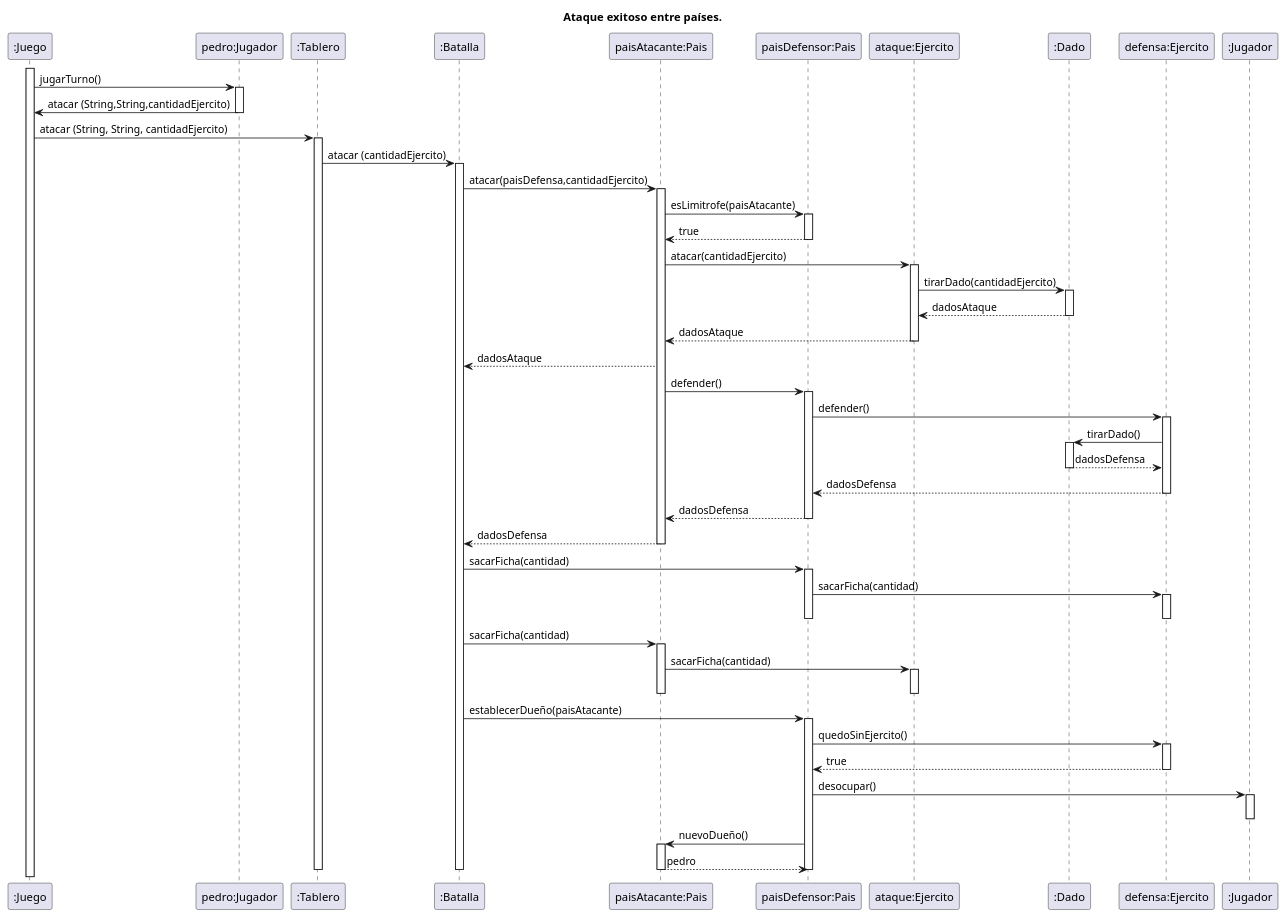
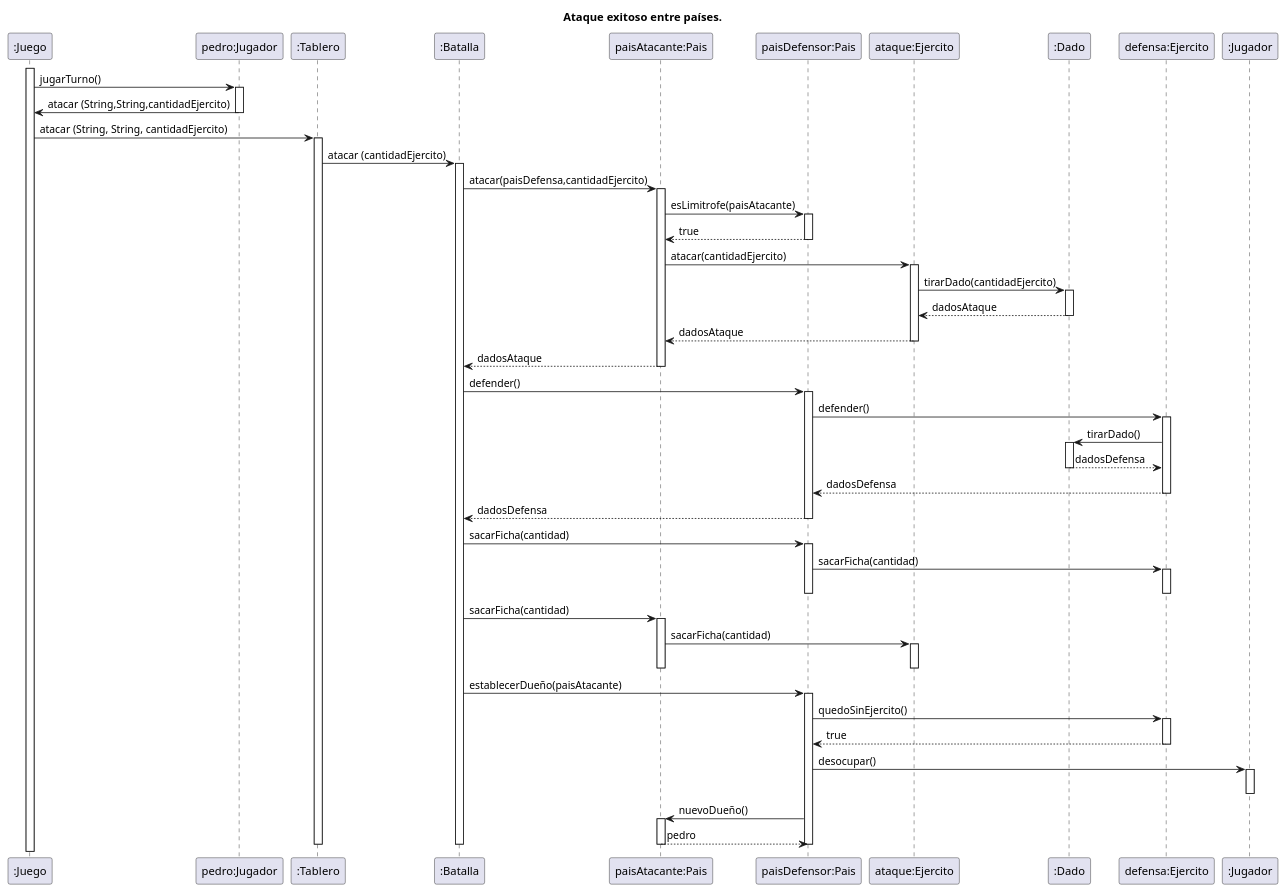
Before and after one commit to daniela41149/algo3_tp2: the diagram in diagramas/secuenciaAtaque.wsd, drawn with PlantUML.

Commit message:
actualizacion diagrama de secuencia

```diff
--- a/diagramas/secuenciaAtaque.wsd
+++ b/diagramas/secuenciaAtaque.wsd
@@ -1,76 +1,74 @@
 @startuml
 title: Ataque exitoso entre países.
 activate ":Juego"
 ":Juego" -> "pedro:Jugador" : jugarTurno()
 activate "pedro:Jugador"
 "pedro:Jugador" -> ":Juego" : atacar (String,String,cantidadEjercito)
 deactivate "pedro:Jugador"
 
 ":Juego" -> ":Tablero" : atacar (String, String, cantidadEjercito)
 activate ":Tablero"
 ":Tablero" -> ":Batalla": atacar (cantidadEjercito)
 activate ":Batalla"
 ":Batalla" -> "paisAtacante:Pais": atacar(paisDefensa,cantidadEjercito)
 activate "paisAtacante:Pais"
 "paisAtacante:Pais" -> "paisDefensor:Pais": esLimitrofe(paisAtacante)
 activate "paisDefensor:Pais"
 "paisDefensor:Pais" --> "paisAtacante:Pais": true
 deactivate "paisDefensor:Pais"
 "paisAtacante:Pais" -> "ataque:Ejercito": atacar(cantidadEjercito)
 activate "ataque:Ejercito"
 "ataque:Ejercito" -> ":Dado": tirarDado(cantidadEjercito)
 activate ":Dado"
 ":Dado" --> "ataque:Ejercito": dadosAtaque
 deactivate ":Dado"
 "ataque:Ejercito" --> "paisAtacante:Pais": dadosAtaque
 deactivate "ataque:Ejercito"
 "paisAtacante:Pais" --> ":Batalla": dadosAtaque
-"paisAtacante:Pais" -> "paisDefensor:Pais": defender()
+deactivate "paisAtacante:Pais"
+":Batalla" -> "paisDefensor:Pais": defender()
 activate "paisDefensor:Pais"
 "paisDefensor:Pais" -> "defensa:Ejercito": defender()
 activate "defensa:Ejercito"
 "defensa:Ejercito" -> ":Dado": tirarDado()
 activate ":Dado"
 ":Dado" --> "defensa:Ejercito": dadosDefensa
 deactivate ":Dado"
 "defensa:Ejercito" --> "paisDefensor:Pais": dadosDefensa
 deactivate "defensa:Ejercito"
-"paisDefensor:Pais" --> "paisAtacante:Pais": dadosDefensa
+"paisDefensor:Pais" --> ":Batalla": dadosDefensa
 deactivate "paisDefensor:Pais"
-"paisAtacante:Pais" --> ":Batalla": dadosDefensa
-
-deactivate "paisAtacante:Pais"
 
 ":Batalla" -> "paisDefensor:Pais" : sacarFicha(cantidad)
             activate "paisDefensor:Pais"
 "paisDefensor:Pais" -> "defensa:Ejercito": sacarFicha(cantidad)
 activate "defensa:Ejercito"
 deactivate "defensa:Ejercito"
 deactivate "paisDefensor:Pais"
 
 ":Batalla" -> "paisAtacante:Pais" : sacarFicha(cantidad)
             activate "paisAtacante:Pais"
 "paisAtacante:Pais" -> "ataque:Ejercito": sacarFicha(cantidad)
 activate "ataque:Ejercito"
 deactivate "ataque:Ejercito"
 deactivate "paisAtacante:Pais"
 ":Batalla" -> "paisDefensor:Pais" : establecerDueño(paisAtacante)
             activate "paisDefensor:Pais"
 "paisDefensor:Pais" -> "defensa:Ejercito": quedoSinEjercito()
 activate "defensa:Ejercito"
 "defensa:Ejercito" --> "paisDefensor:Pais": true
 deactivate "defensa:Ejercito"
 
 
 "paisDefensor:Pais" -> ":Jugador": desocupar()
 activate ":Jugador"
 deactivate ":Jugador"
 "paisDefensor:Pais" -> "paisAtacante:Pais": nuevoDueño()
 activate "paisAtacante:Pais"
 "paisAtacante:Pais" --> "paisDefensor:Pais": pedro
 deactivate "paisAtacante:Pais"
 deactivate "paisDefensor:Pais"
 deactivate ":Batalla"
 deactivate ":Tablero"
 deactivate "pedro:Jugador"
 @enduml
```
